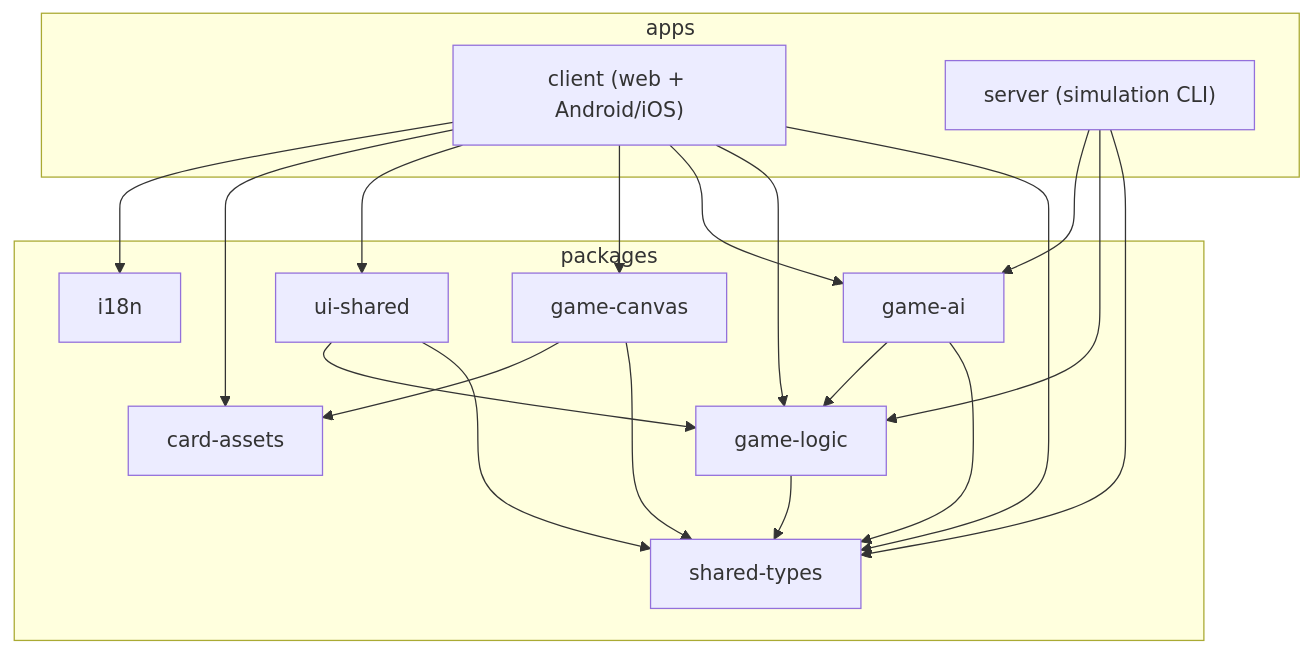
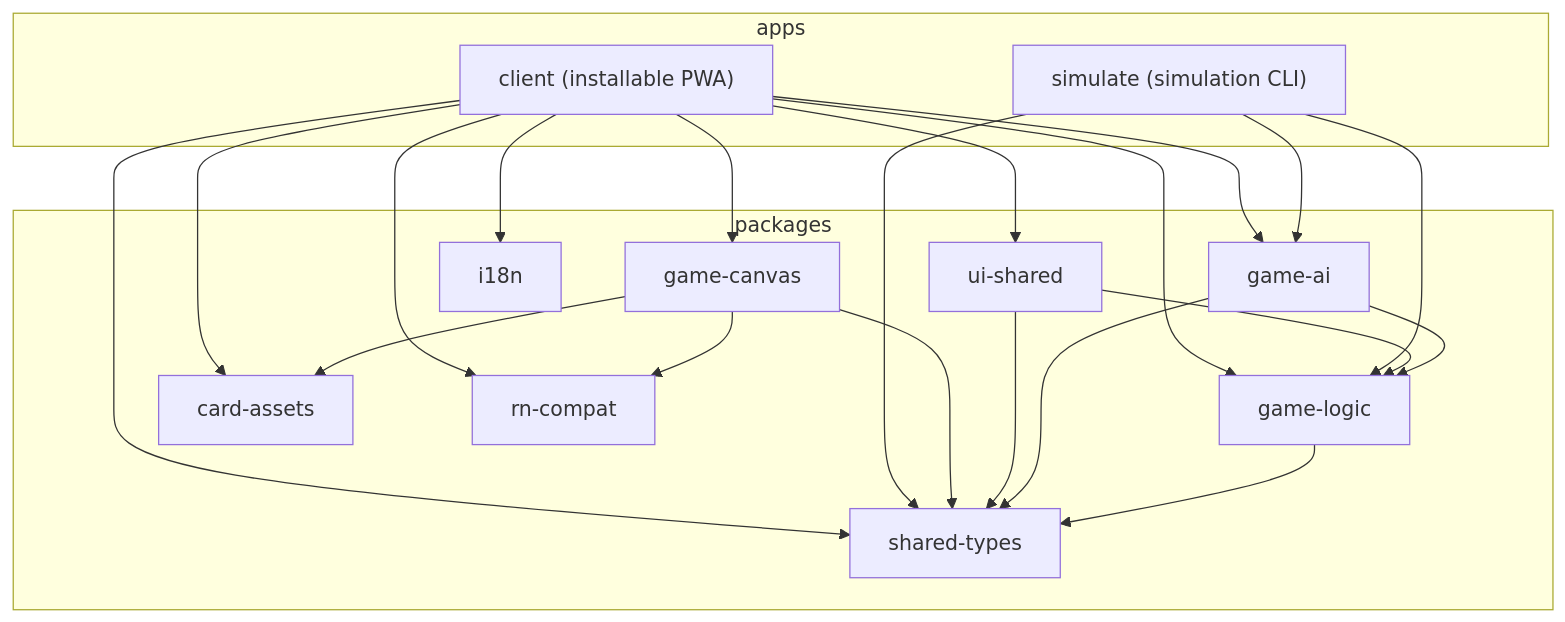
One commit to deglerj/dabb changed the diagram in docs/arc42/05-building-block-view.md. Above: the diagram before and after it, drawn with Mermaid. The commit also changed other lines of this file and 29 other files, not shown here.

````diff
--- a/docs/arc42/05-building-block-view.md
+++ b/docs/arc42/05-building-block-view.md
@@ -5,40 +5,43 @@
 ```mermaid
 flowchart TB
     subgraph apps
-        client["client (web + Android/iOS)"]
-        server
+        client["client (installable PWA)"]
+        simulate["simulate (simulation CLI)"]
     end
 
     subgraph packages
         types[shared-types]
         logic[game-logic]
         gameai[game-ai]
         canvas[game-canvas]
         ui[ui-shared]
         assets[card-assets]
         i18n[i18n]
+        rncompat[rn-compat]
     end
 
     client --> types
     client --> logic
     client --> gameai
     client --> canvas
     client --> ui
     client --> assets
     client --> i18n
+    client --> rncompat
 
-    server["server (simulation CLI)"] --> types
-    server --> logic
-    server --> gameai
+    simulate --> types
+    simulate --> logic
+    simulate --> gameai
 
     canvas --> types
     canvas --> assets
+    canvas --> rncompat
 
     ui --> types
     ui --> logic
 
     gameai --> types
     gameai --> logic
 
     logic --> types
 ```
````
